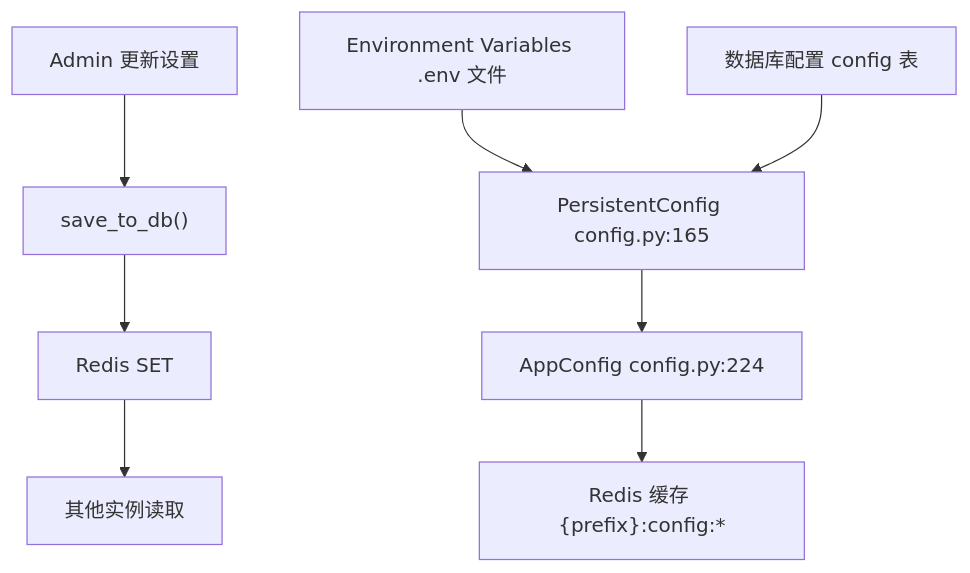
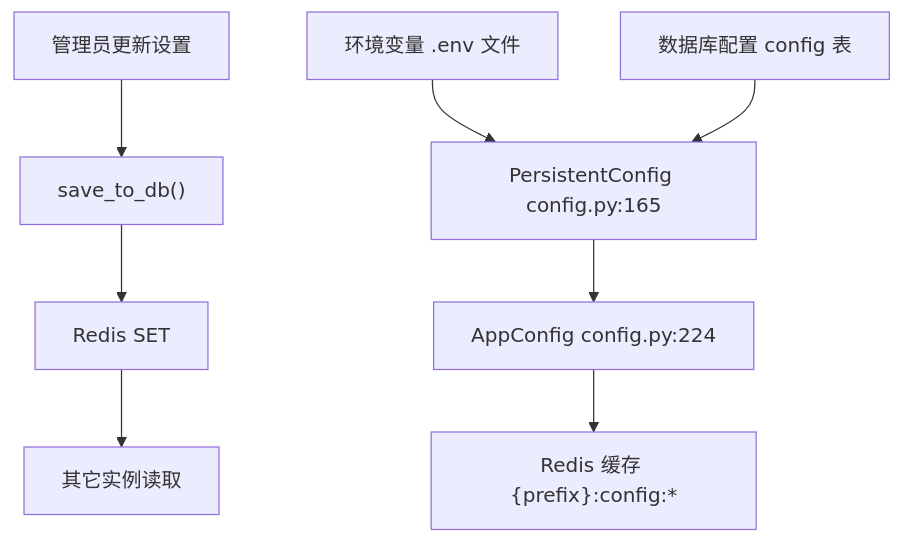
Before and after one commit to Chesszyh/Wiki: the ninth of 9 diagrams in tests/open-webui_deepwiki/zh/2-architecture-overview.md, drawn with Mermaid. The commit also changed other lines of this file and 234 other files, not shown here.

````diff
--- a/tests/open-webui_deepwiki/zh/2-architecture-overview.md
+++ b/tests/open-webui_deepwiki/zh/2-architecture-overview.md
@@ -796,20 +729,20 @@
 ```mermaid
 flowchart TD
-    Admin["Admin 更新设置"]
+    Admin["管理员更新设置"]
     SaveDB["save_to_db()"]
     Publish["Redis SET"]
-    Notify["其他实例读取"]
-    EnvVars["Environment Variables .env 文件"]
+    Notify["其它实例读取"]
+    EnvVars["环境变量 .env 文件"]
     DBConfig["数据库配置 config 表"]
     RedisCache["Redis 缓存 {prefix}:config:*"]
     PersistentConfig["PersistentConfig config.py:165"]
     AppConfig["AppConfig config.py:224"]
 
     EnvVars --> PersistentConfig
     DBConfig --> PersistentConfig
     PersistentConfig --> AppConfig
     AppConfig --> RedisCache
     Admin --> SaveDB
     SaveDB --> Publish
     Publish --> Notify
 ```
````
